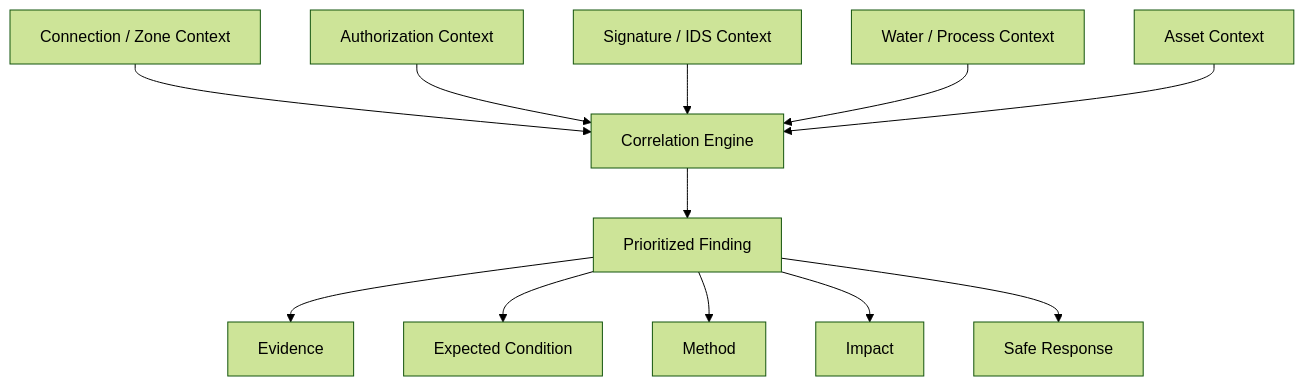
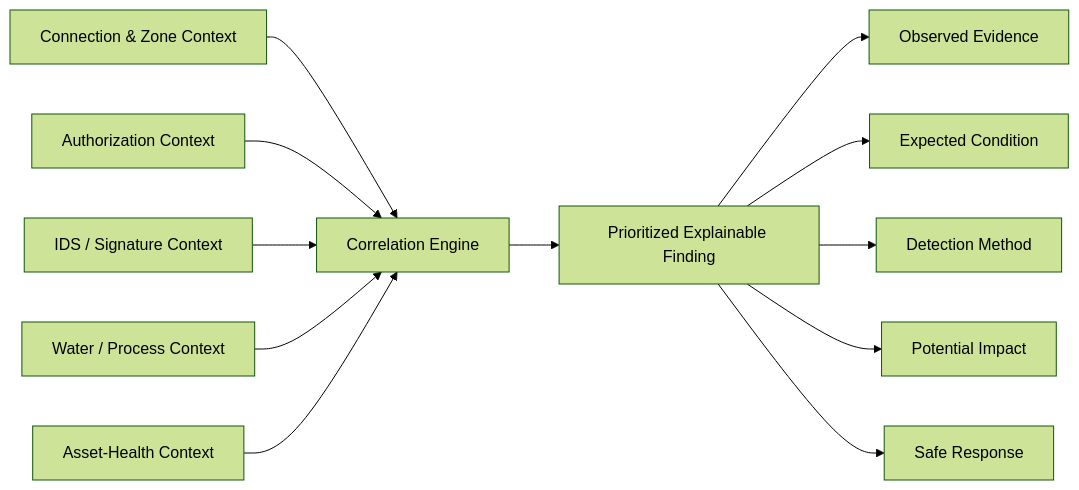
The sixth of 8 diagrams in README.md (HaziqBinAfzal/AquaVigil), drawn with Mermaid (forest theme) before and after one commit. The commit also changed other lines of this file, not shown here.

````diff
--- a/README.md
+++ b/README.md
@@ -271,14 +350,16 @@
 ```mermaid
-flowchart TB
-    C1[Connection / Zone Context] --> COR[Correlation Engine]
-    C2[Authorization Context] --> COR
-    C3[Signature / IDS Context] --> COR
-    C4[Water / Process Context] --> COR
-    C5[Asset Context] --> COR
-    COR --> P[Prioritized Finding]
-    P --> E1[Evidence]
-    P --> E2[Expected Condition]
-    P --> E3[Method]
-    P --> E4[Impact]
-    P --> E5[Safe Response]
+flowchart LR
+    A["Connection & Zone Context"] --> F["Correlation Engine"]
+    B["Authorization Context"] --> F
+    C["IDS / Signature Context"] --> F
+    D["Water / Process Context"] --> F
+    E["Asset-Health Context"] --> F
+
+    F --> G["Prioritized Explainable Finding"]
+
+    G --> H["Observed Evidence"]
+    G --> I["Expected Condition"]
+    G --> J["Detection Method"]
+    G --> K["Potential Impact"]
+    G --> L["Safe Response"]
 ```
````
